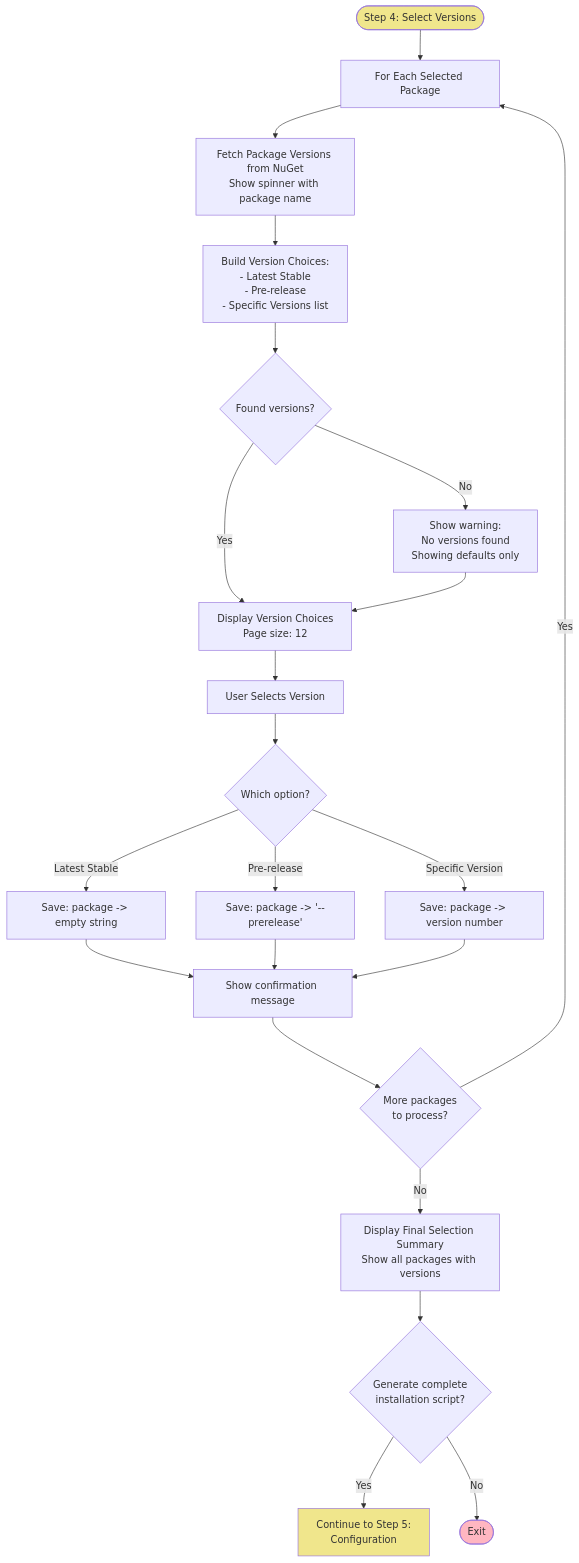
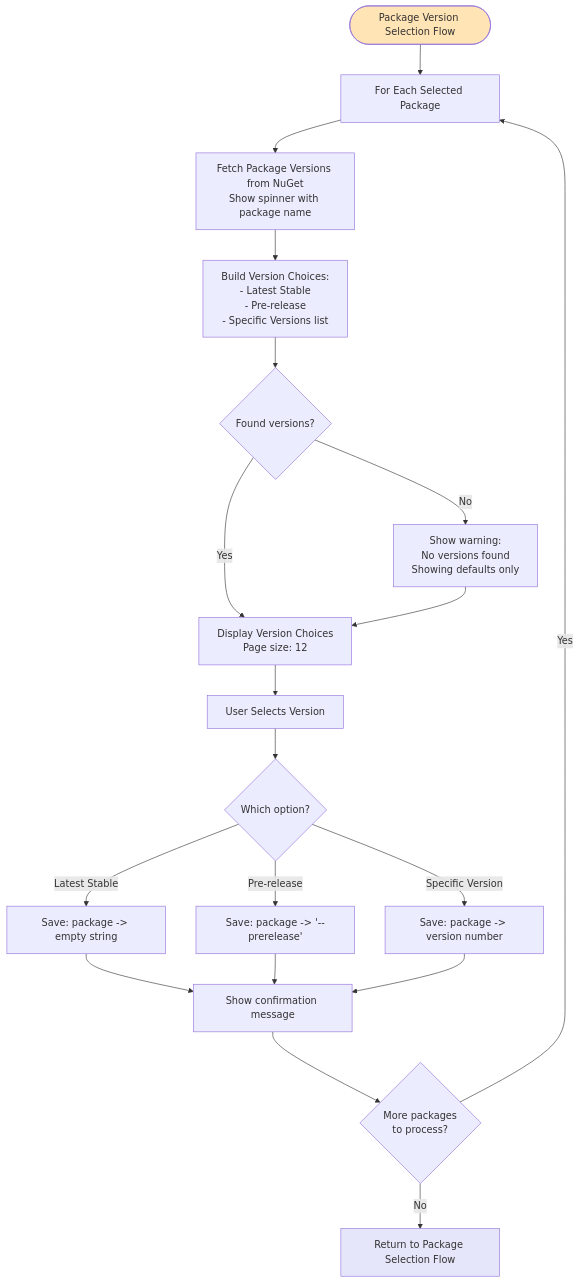
The sixth of 8 diagrams in CLI-Interactive-Mode-Flow.md (prjseal/Package-Script-Writer), drawn with Mermaid before and after one commit. The commit also changed other lines of this file, not shown here.

First line of the commit message:
Remove legacy flows and reorganize diagrams as sub-flows

````diff
--- a/CLI-Interactive-Mode-Flow.md
+++ b/CLI-Interactive-Mode-Flow.md
@@ -313,36 +279,31 @@
 ```mermaid
 flowchart TD
-    Start([Step 4: Select Versions]) --> BeginLoop[For Each Selected Package]
+    Start([Package Version Selection Flow]) --> BeginLoop[For Each Selected Package]
 
     BeginLoop --> FetchVersions[Fetch Package Versions from NuGet<br/>Show spinner with package name]
 
     FetchVersions --> BuildChoices[Build Version Choices:<br/>- Latest Stable<br/>- Pre-release<br/>- Specific Versions list]
 
     BuildChoices --> CheckVersions{Found versions?}
     CheckVersions -->|No| ShowWarning[Show warning:<br/>No versions found<br/>Showing defaults only]
     CheckVersions -->|Yes| ShowChoices[Display Version Choices<br/>Page size: 12]
     ShowWarning --> ShowChoices
 
     ShowChoices --> UserSelects[User Selects Version]
 
     UserSelects --> MapChoice{Which option?}
     MapChoice -->|Latest Stable| SaveEmpty[Save: package -> empty string]
     MapChoice -->|Pre-release| SavePrerelease[Save: package -> '--prerelease']
     MapChoice -->|Specific Version| SaveVersion[Save: package -> version number]
 
     SaveEmpty --> ShowConfirm[Show confirmation message]
     SavePrerelease --> ShowConfirm
     SaveVersion --> ShowConfirm
 
     ShowConfirm --> MorePackages{More packages<br/>to process?}
     MorePackages -->|Yes| BeginLoop
-    MorePackages -->|No| DisplaySummary[Display Final Selection Summary<br/>Show all packages with versions]
+    MorePackages -->|No| Return[Return to Package Selection Flow]
 
-    DisplaySummary --> AskGenerate{Generate complete<br/>installation script?}
-    AskGenerate -->|Yes| NextStep[Continue to Step 5:<br/>Configuration]
-    AskGenerate -->|No| End([Exit])
-
-    style Start fill:#F0E68C
-    style NextStep fill:#F0E68C
-    style End fill:#FFB6C1
+    style Start fill:#FFE4B5
+    style Return fill:#E6E6FA
 ```
````
